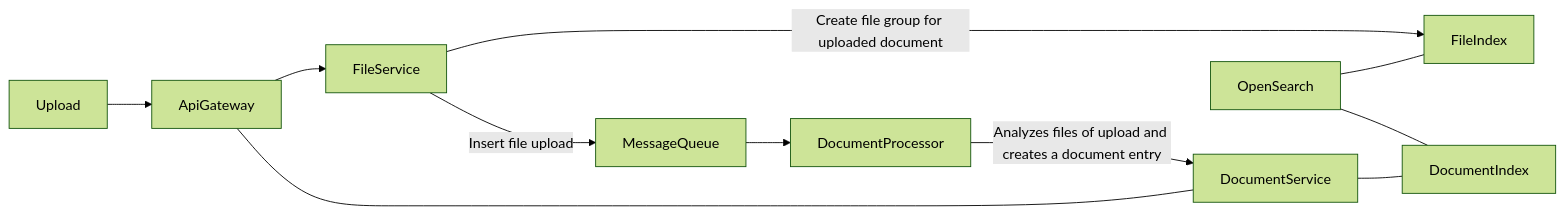
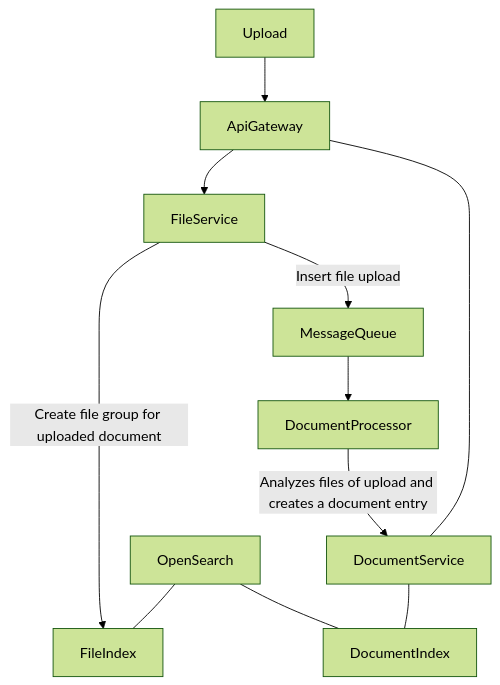
Before and after one commit to A360JMaxxgamer/DocumentsVault: the diagram in docs/architecture-overview.md, drawn with Mermaid (forest theme). The commit also changed 1 other file, not shown here.

````diff
--- a/docs/architecture-overview.md
+++ b/docs/architecture-overview.md
@@ -3,33 +3,33 @@
 ```mermaid
-  graph LR
+  graph TB
 
   Upload
   ApiGateway
   FileService
   MessageQueue
   DocumentProcessor
   DocumentService
   
   OpenSearch
   FileIndex
   DocumentIndex
   OpenSearch---FileIndex
   OpenSearch---DocumentIndex
 
 
   Upload-->ApiGateway
   ApiGateway-->FileService
 
   ApiGateway---DocumentService
   
   FileService--Create file group for uploaded document-->FileIndex 
 
   FileService--Insert file upload-->MessageQueue
 
   MessageQueue-->DocumentProcessor
 
   DocumentProcessor--Analyzes files of upload and creates a document entry -->DocumentService
 
   DocumentService---DocumentIndex
   
 ```
````
